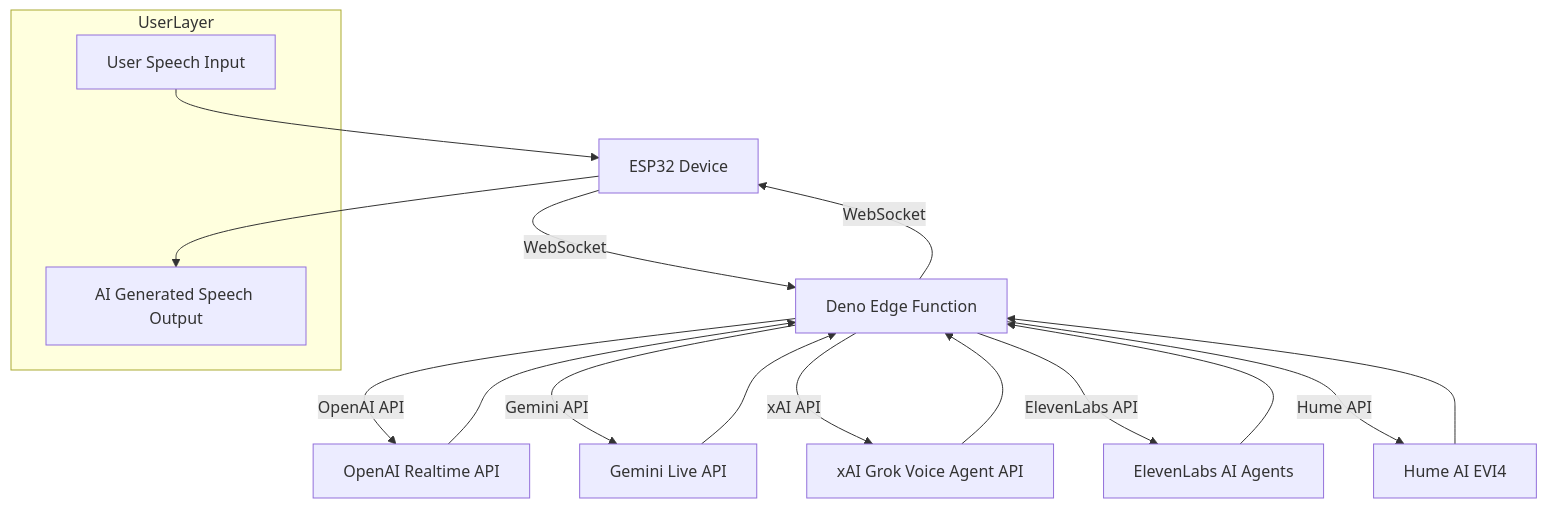
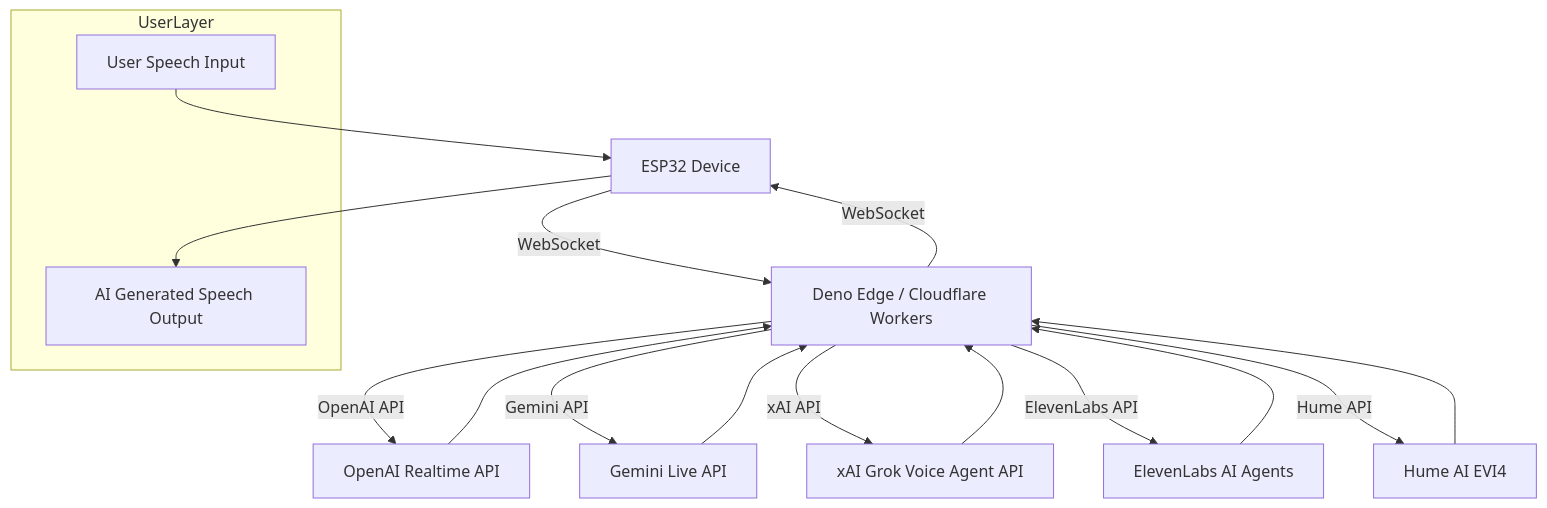
The first of 2 diagrams in README.md (akdeb/ElatoAI), drawn with Mermaid before and after one commit. The commit also changed other lines of this file, not shown here.

````diff
--- a/README.md
+++ b/README.md
@@ -113,22 +115,22 @@
 ```mermaid
 flowchart TD
   subgraph UserLayer
     UserInput[User Speech Input]
     UserOutput[AI Generated Speech Output]
   end
   
   UserInput --> ESP32
-  ESP32[ESP32 Device] -->|WebSocket| Edge[Deno Edge Function]
+  ESP32[ESP32 Device] -->|WebSocket| Edge[Deno Edge / Cloudflare Workers]
   Edge -->|OpenAI API| OpenAI[OpenAI Realtime API]
   Edge -->|Gemini API| Gemini[Gemini Live API]
   Edge -->|xAI API| xAI[xAI Grok Voice Agent API]
   Edge -->|ElevenLabs API| ElevenLabs[ElevenLabs AI Agents]
   Edge -->|Hume API| Hume[Hume AI EVI4]
   OpenAI --> Edge
   Gemini --> Edge
   xAI --> Edge
   ElevenLabs --> Edge
   Hume --> Edge
   Edge -->|WebSocket| ESP32
   ESP32 --> UserOutput
 ```
````
